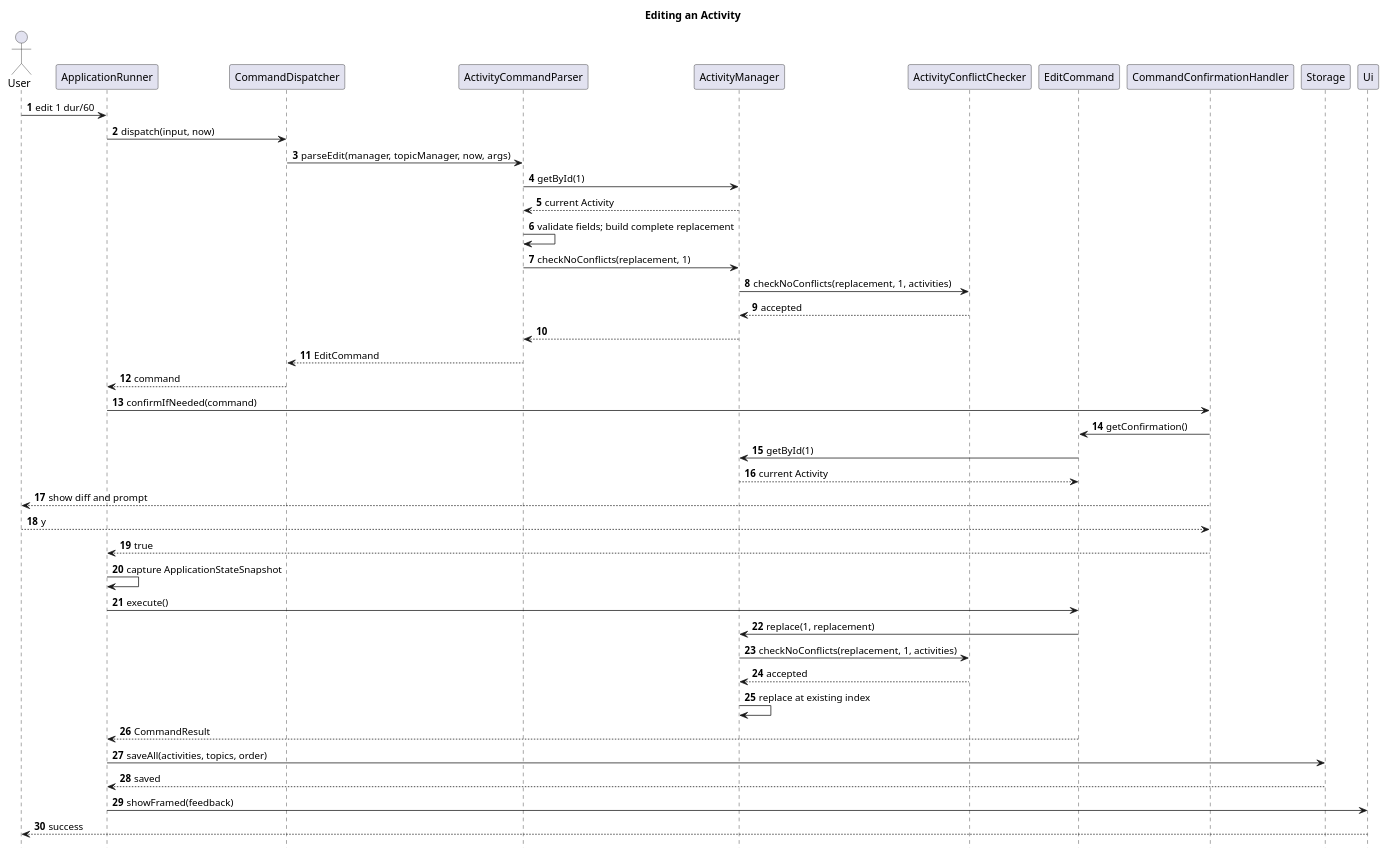
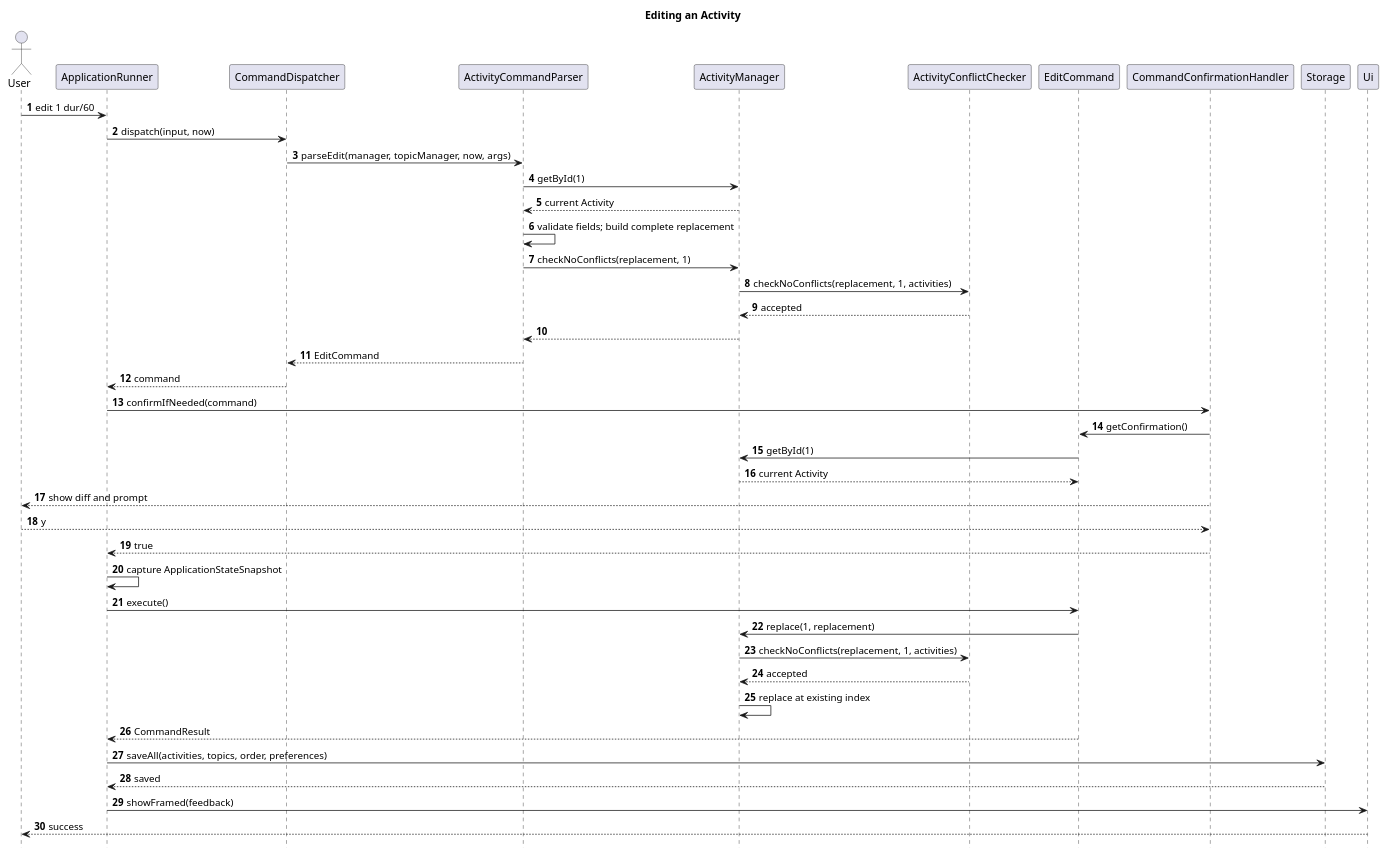
Before and after one commit to lukelouyu/SelfTeamProject: the diagram in docs/diagrams/sequence/EditActivitySequence.puml, drawn with PlantUML. The commit also changed 19 other files, not shown here.

```diff
--- a/docs/diagrams/sequence/EditActivitySequence.puml
+++ b/docs/diagrams/sequence/EditActivitySequence.puml
@@ -1,50 +1,50 @@
 @startuml
 title Editing an Activity
 
 skinparam shadowing false
 hide footbox
 autonumber
 
 actor User
 participant ApplicationRunner as Runner
 participant CommandDispatcher as Dispatcher
 participant ActivityCommandParser as Parser
 participant ActivityManager as Manager
 participant ActivityConflictChecker as Checker
 participant EditCommand as Command
 participant CommandConfirmationHandler as Confirmation
 participant Storage
 participant Ui
 
 User -> Runner : edit 1 dur/60
 Runner -> Dispatcher : dispatch(input, now)
 Dispatcher -> Parser : parseEdit(manager, topicManager, now, args)
 Parser -> Manager : getById(1)
 Manager --> Parser : current Activity
 Parser -> Parser : validate fields; build complete replacement
 Parser -> Manager : checkNoConflicts(replacement, 1)
 Manager -> Checker : checkNoConflicts(replacement, 1, activities)
 Checker --> Manager : accepted
 Manager --> Parser
 Parser --> Dispatcher : EditCommand
 Dispatcher --> Runner : command
 Runner -> Confirmation : confirmIfNeeded(command)
 Confirmation -> Command : getConfirmation()
 Command -> Manager : getById(1)
 Manager --> Command : current Activity
 Confirmation --> User : show diff and prompt
 User --> Confirmation : y
 Confirmation --> Runner : true
 Runner -> Runner : capture ApplicationStateSnapshot
 Runner -> Command : execute()
 Command -> Manager : replace(1, replacement)
 Manager -> Checker : checkNoConflicts(replacement, 1, activities)
 Checker --> Manager : accepted
 Manager -> Manager : replace at existing index
 Command --> Runner : CommandResult
-Runner -> Storage : saveAll(activities, topics, order)
+Runner -> Storage : saveAll(activities, topics, order, preferences)
 Storage --> Runner : saved
 Runner -> Ui : showFramed(feedback)
 Ui --> User : success
 
 @enduml
```
